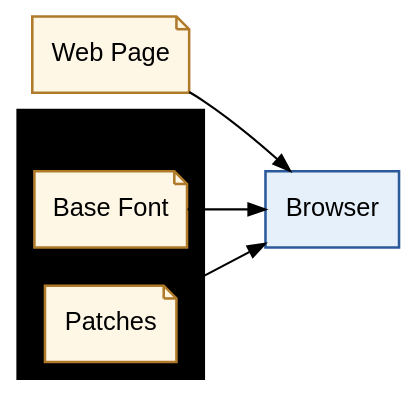
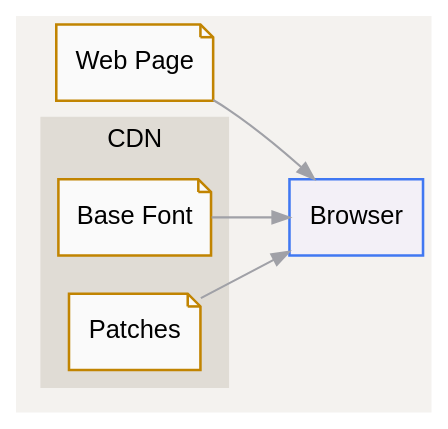
One commit to wmedrano/wmedrano.dev changed the second of 2 diagrams in content/post/2026/04/11/fonts-q1.org. Above: the diagram before and after it, drawn with Graphviz. The commit also changed other lines of this file and 13 other files, not shown here.

```diff
--- a/content/post/2026/04/11/fonts-q1.org
+++ b/content/post/2026/04/11/fonts-q1.org
@@ -203,27 +203,27 @@
 #+BEGIN_SRC dot :file ift-client.svg :exports results
 digraph IFTClient {
   rankdir=LR;
-  bgcolor="transparent";
+  bgcolor="#f4f2ef";
   node [fontname="sans-serif", fontsize=12, style="filled", penwidth=1.2];
-  edge [color="#555", arrowsize=0.8];
+  edge [color="#a0a1a7", arrowsize=0.8];
 
-  webpage [label="Web Page", shape=note, fillcolor="#fff7e6", color="#b07a2b"];
-  browser [label="Browser", shape=box, style="filled", fillcolor="#e6f0fb", color="#2b5a9b"];
+  webpage [label="Web Page", shape=note, fillcolor="#fafafa", color="#c18401"];
+  browser [label="Browser", shape=box, style="filled", fillcolor="#f3f0f7", color="#4078f2"];
 
   subgraph cluster_cdn {
     label="CDN";
     fontname="sans-serif";
     fontsize=12;
     style="filled";
-    bgcolor="#f9f9f9";
-    color="#bbb";
+    bgcolor="#f4f2ef";
+    color="#e0dcd5";
 
-    basefont [label="Base Font", shape=note, fillcolor="#fff7e6", color="#b07a2b"];
-    patches  [label="Patches",   shape=note, fillcolor="#fff7e6", color="#b07a2b"];
+    basefont [label="Base Font", shape=note, fillcolor="#fafafa", color="#c18401"];
+    patches  [label="Patches",   shape=note, fillcolor="#fafafa", color="#c18401"];
   }
 
   webpage -> browser;
   basefont -> browser;
   patches -> browser;
 }
 #+END_SRC
```
